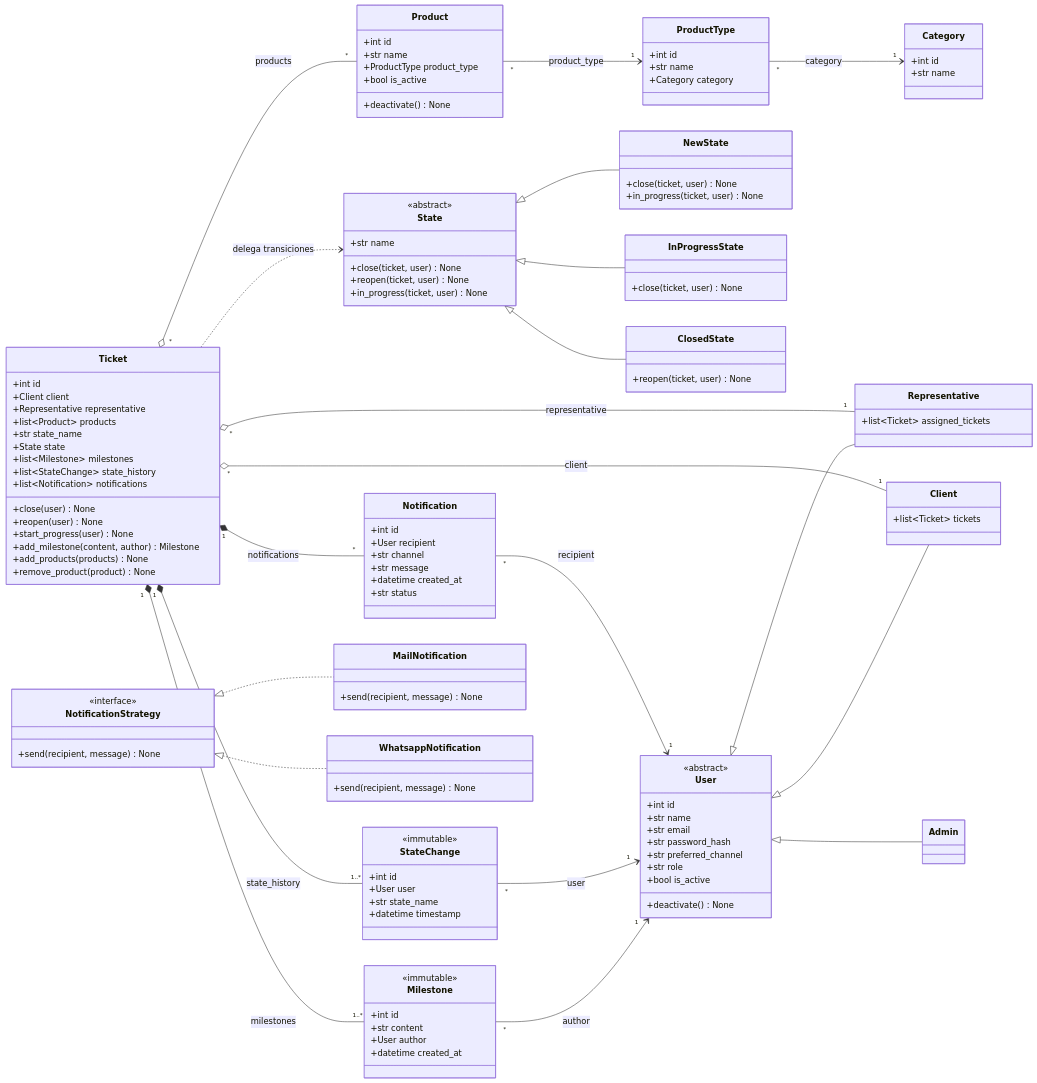
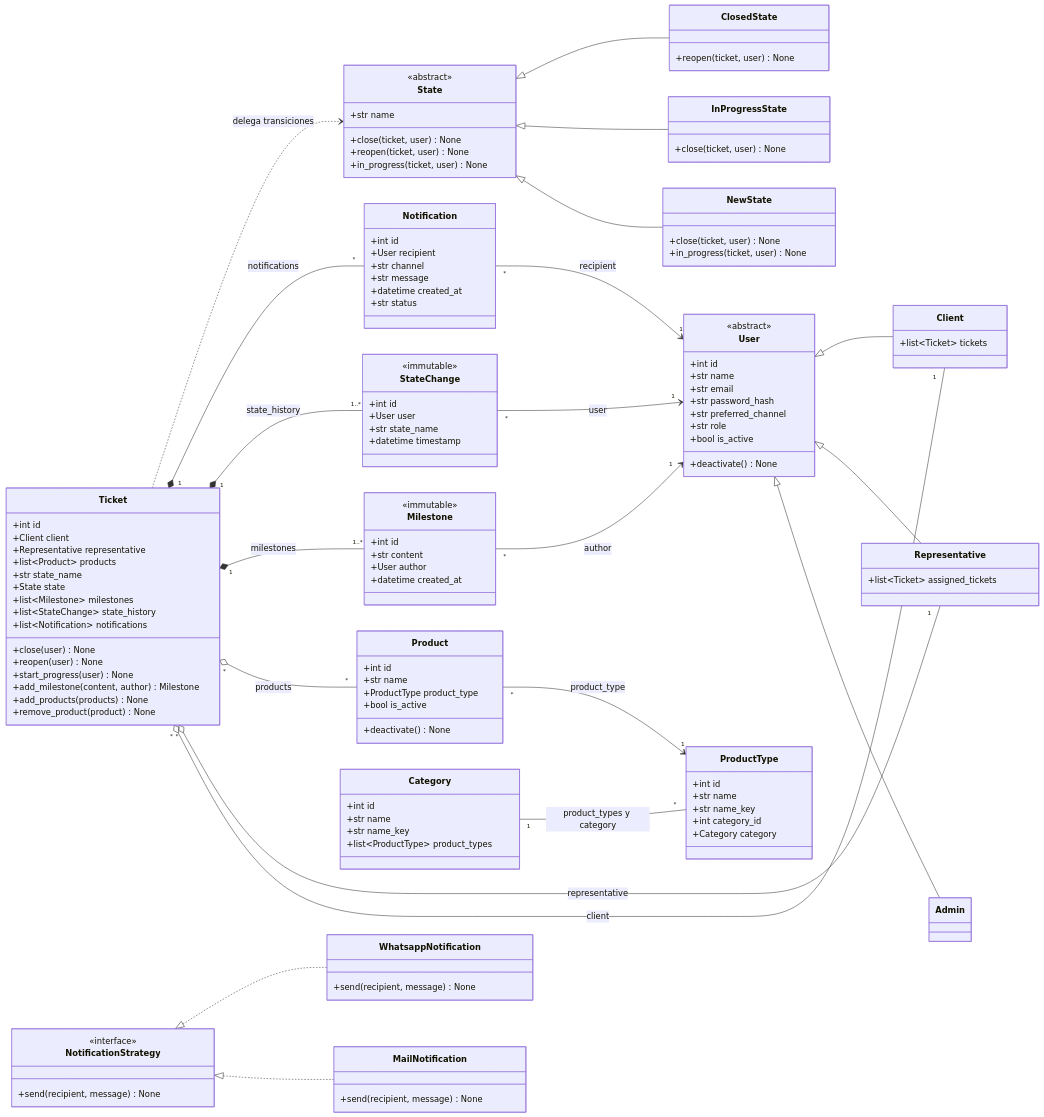
Before and after one commit to Diazfe-dev/AyED-III-python-ticket-service: the first of 2 diagrams in diagrams/classes.md, drawn with Mermaid. The commit also changed other lines of this file and 26 other files, not shown here.

Commit message:
feat(product-type): add category and product type catalog with OpenAPI contract

```diff
--- a/diagrams/classes.md
+++ b/diagrams/classes.md
@@ -102,10 +102,14 @@
     class Category {
         +int id
         +str name
+        +str name_key
+        +list~ProductType~ product_types
     }
     class ProductType {
         +int id
         +str name
+        +str name_key
+        +int category_id
         +Category category
     }
     class Product {
@@ -115,7 +119,7 @@
         +bool is_active
         +deactivate() None
     }
-    ProductType "*" --> "1" Category : category
+    Category "1" -- "*" ProductType : product_types y category
     Product "*" --> "1" ProductType : product_type
 
     class Notification {
```
